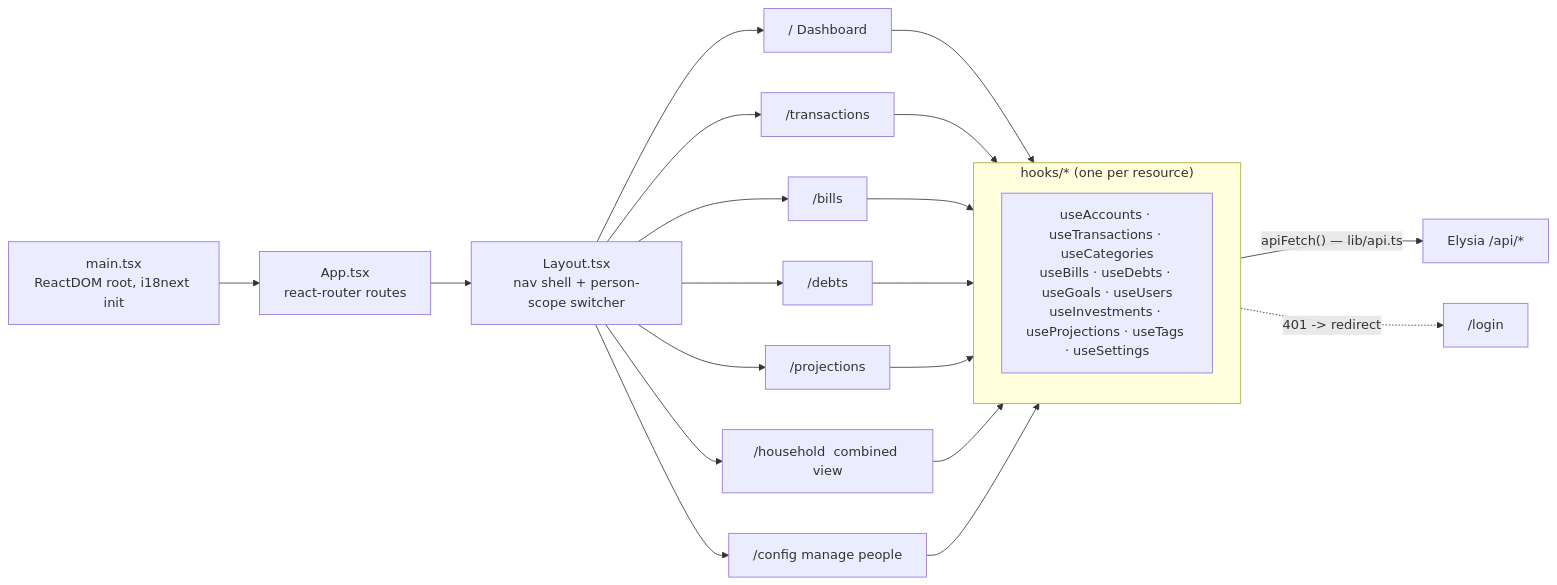
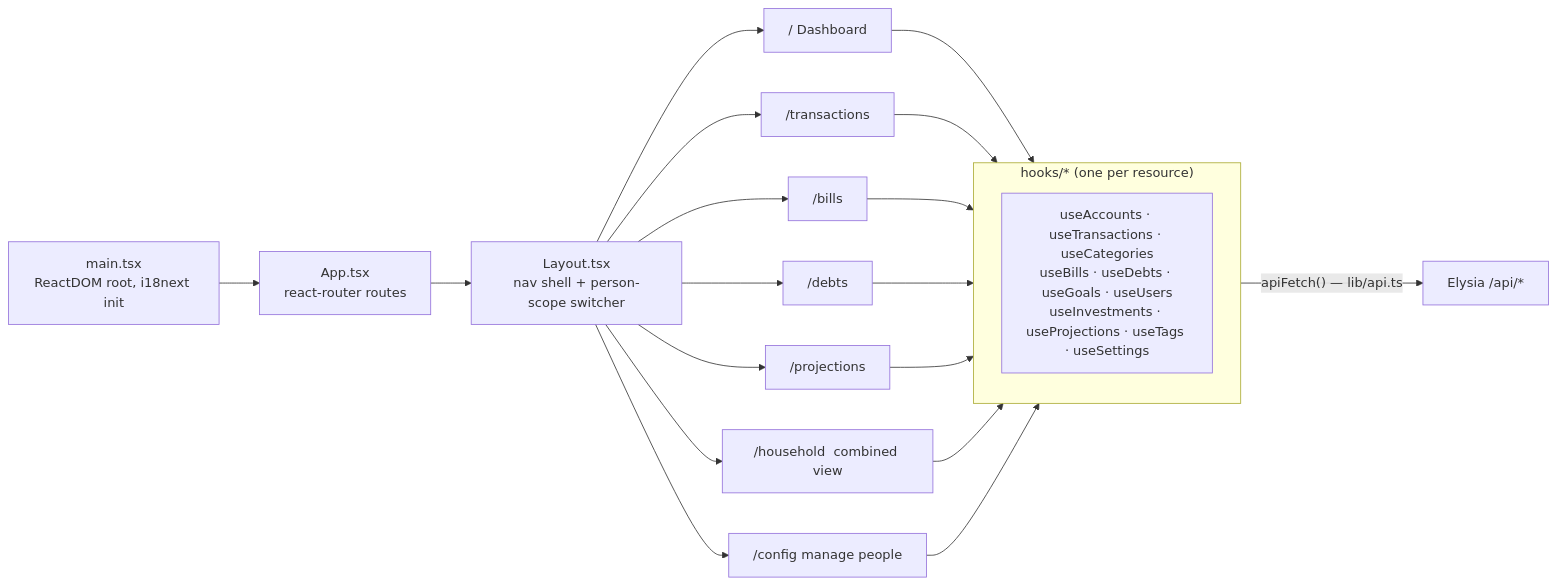
One commit to Botelho31/copiloto-financeiro changed the sixth of 7 diagrams in ARCHITECTURE.md. Above: the diagram before and after it, drawn with Mermaid. The commit also changed other lines of this file and 118 other files, not shown here.

````diff
--- a/ARCHITECTURE.md
+++ b/ARCHITECTURE.md
@@ -277,20 +321,19 @@
 ```mermaid
 flowchart LR
     Main["main.tsx<br>ReactDOM root, i18next init"] --> App
     App["App.tsx<br>react-router routes"] --> Layout["Layout.tsx<br>nav shell + person-scope switcher"]
     Layout --> Dashboard["/  Dashboard"]
     Layout --> Transactions["/transactions"]
     Layout --> Bills["/bills"]
     Layout --> Debts["/debts"]
     Layout --> Projections["/projections"]
     Layout --> Household["/household  combined view"]
     Layout --> Config["/config  manage people"]
 
     subgraph DataLayer["hooks/* (one per resource)"]
         H["useAccounts · useTransactions · useCategories<br>useBills · useDebts · useGoals · useUsers<br>useInvestments · useProjections · useTags · useSettings"]
     end
 
     Dashboard & Transactions & Bills & Debts & Projections & Household & Config --> DataLayer
     DataLayer -->|"apiFetch() — lib/api.ts"| Backend["Elysia /api/*"]
-    DataLayer -.->|"401 -> redirect"| Login["/login"]
 ```
````
